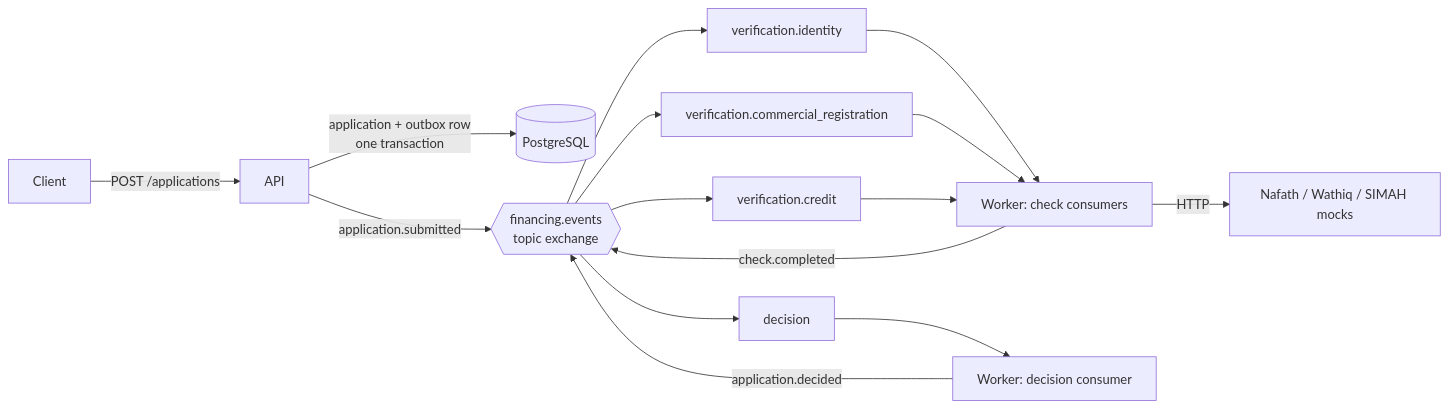
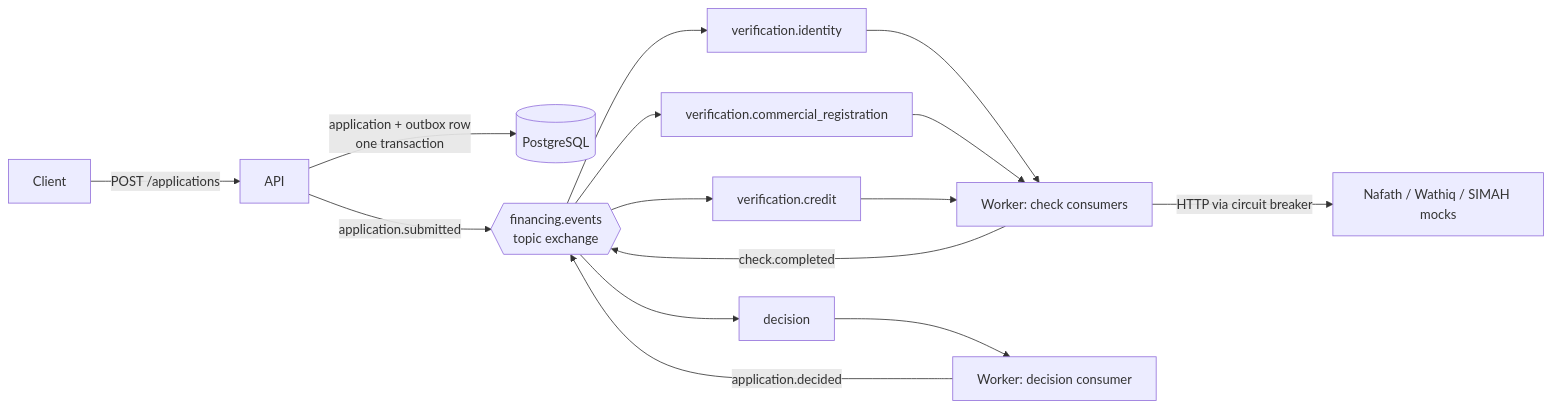
Before and after one commit to CaptainHmD/financing-pipeline: the diagram in README.md, drawn with Mermaid. The commit also changed other lines of this file and 12 other files, not shown here.

Commit message:
feat: add per-gateway circuit breaker, unit tests and full CI

````diff
--- a/README.md
+++ b/README.md
@@ -81,15 +126,15 @@
 ```mermaid
 flowchart LR
   C[Client] -->|POST /applications| API
   API -->|application + outbox row<br/>one transaction| DB[(PostgreSQL)]
   API -->|application.submitted| X{{financing.events<br/>topic exchange}}
   X --> QI[verification.identity]
   X --> QC[verification.commercial_registration]
   X --> QS[verification.credit]
   QI & QC & QS --> W[Worker: check consumers]
-  W -->|HTTP| M[Nafath / Wathiq / SIMAH mocks]
+  W -->|HTTP via circuit breaker| M[Nafath / Wathiq / SIMAH mocks]
   W -->|check.completed| X
   X --> QD[decision]
   QD --> D[Worker: decision consumer]
   D -->|application.decided| X
 ```
````
